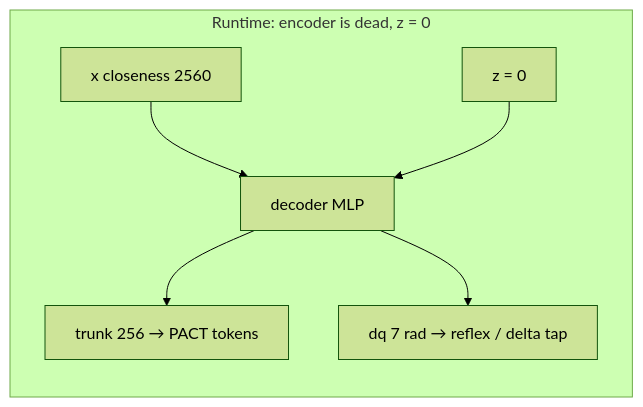
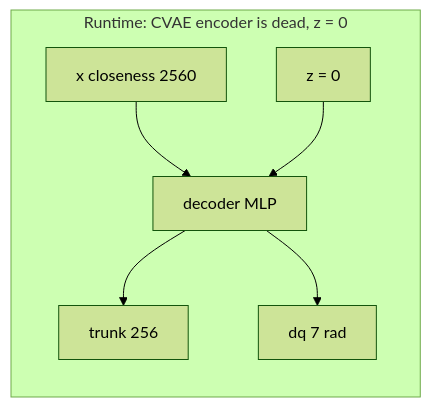
The diagram in README.md (Jdvakil/prox_learning), drawn with Mermaid (forest theme) before and after one commit. The commit also changed other lines of this file and 8 other files, not shown here.

````diff
--- a/README.md
+++ b/README.md
@@ -973,14 +863,14 @@
 ```mermaid
 flowchart LR
-  subgraph infer ["Runtime: encoder is dead, z = 0"]
+  subgraph infer ["Runtime: CVAE encoder is dead, z = 0"]
     X2["x closeness 2560"]
     Z0["z = 0"]
     Dec2["decoder MLP"]
-    T["trunk 256  → PACT tokens"]
-    D["dq 7 rad  → reflex / delta tap"]
+    T["trunk 256"]
+    D["dq 7 rad"]
     X2 --> Dec2
     Z0 --> Dec2
     Dec2 --> T
     Dec2 --> D
   end
 ```
````
